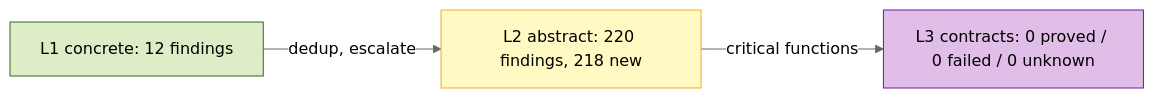
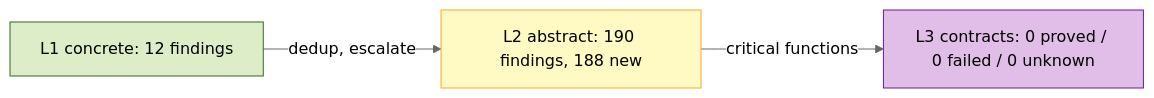
One commit to riantr/LunaFlow changed the first of 9 diagrams in reports/riantr_moonbit_static_analysis@latest_0.5.0.md. Above: the diagram before and after it, drawn with Mermaid (neutral theme). The commit also changed other lines of this file and 27 other files, not shown here.

````diff
--- a/reports/riantr_moonbit_static_analysis@latest_0.5.0.md
+++ b/reports/riantr_moonbit_static_analysis@latest_0.5.0.md
@@ -48,11 +48,11 @@
 ```mermaid
 flowchart LR
   classDef l1 fill:#dcedc8,stroke:#33691e
   classDef l2 fill:#fff9c4,stroke:#f9a825
   classDef l3 fill:#e1bee7,stroke:#6a1b9a
   L1["L1 concrete: 12 findings"]:::l1
-  L2["L2 abstract: 220 findings, 218 new"]:::l2
+  L2["L2 abstract: 190 findings, 188 new"]:::l2
   L3["L3 contracts: 0 proved / 0 failed / 0 unknown"]:::l3
   L1 -->|"dedup, escalate"| L2
   L2 -->|"critical functions"| L3
 ```
````
